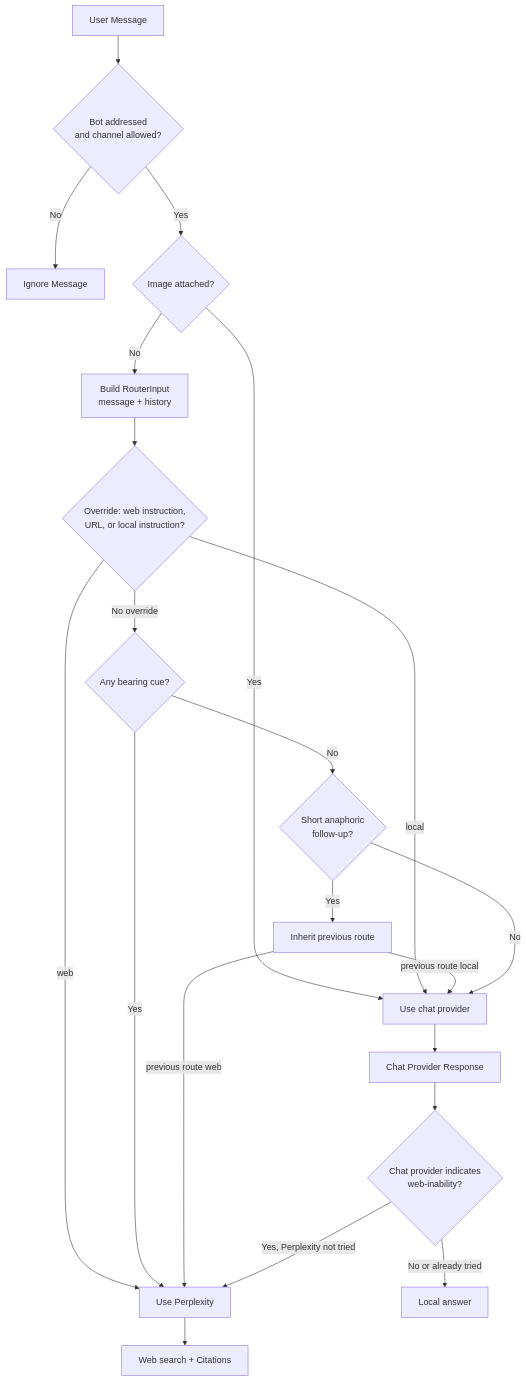
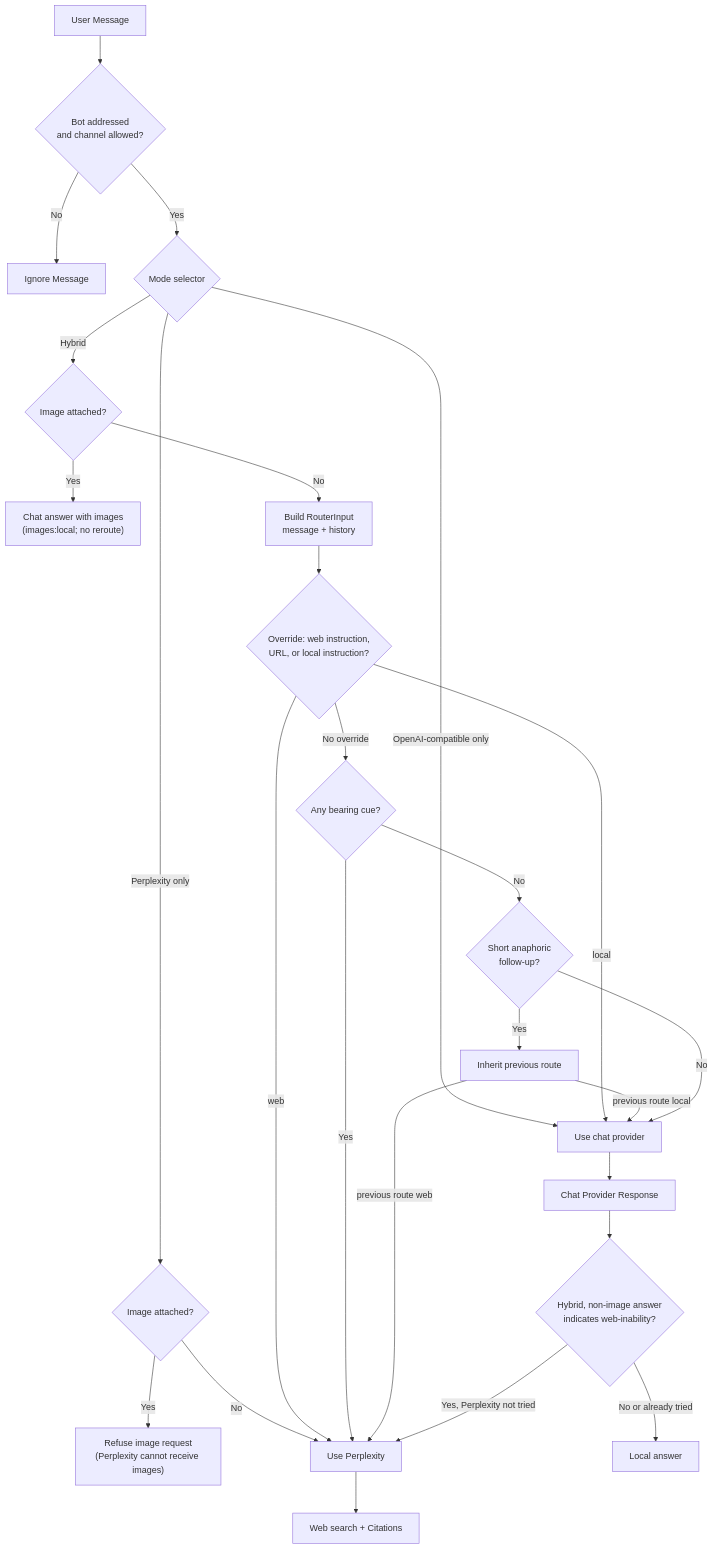
One commit to johndotpub/DiscordianAI changed the diagram in docs/README.md. Above: the diagram before and after it, drawn with Mermaid. The commit also changed 2 other files, not shown here.

Commit message:
docs(routing): 🖼️ correct the image path and the masking claim
Both flowcharts checked for images before the mode selector. They also
sent image requests to Perplexity, which the orchestrator refuses, and
implied that an image answer could be rerouted or fall back to
Perplexity. The diagrams now select the mode first, refuse images in
Perplexity-only mode, and give image answers a terminal with no reroute
and no Perplexity fallback when the chat answer is empty.

The masking prose claimed every cue came from code-masked text. Bearing
and override cues do; code-shape and traceback cues read the original
text so a pasted artifact still counts as framing. The routing design
now says that. Its lexicon failure levels already match the code:
CRITICAL when build_router substitutes a fallback router, ERROR when a
lexicon error reaches a decision.

````diff
--- a/docs/README.md
+++ b/docs/README.md
@@ -46,26 +46,33 @@
 ```mermaid
 flowchart TD
     A["User Message"] --> GATE{"Bot addressed<br/>and channel allowed?"}
     GATE -->|"No"| Z["Ignore Message"]
-    GATE -->|"Yes"| IMG{"Image attached?"}
-    IMG -->|"Yes"| J["Use chat provider"]
+    GATE -->|"Yes"| MODE{"Mode selector"}
+    MODE -->|"Perplexity only"| PIMG{"Image attached?"}
+    PIMG -->|"Yes"| PREF["Refuse image request<br/>(Perplexity cannot receive images)"]
+    PIMG -->|"No"| F["Use Perplexity"]
+
+    MODE -->|"OpenAI-compatible only"| J["Use chat provider"]
+    MODE -->|"Hybrid"| IMG{"Image attached?"}
+    IMG -->|"Yes"| ITERM["Chat answer with images<br/>(images:local; no reroute)"]
     IMG -->|"No"| S["Build RouterInput<br/>message + history"]
+
     S --> C{"Override: web instruction,<br/>URL, or local instruction?"}
-    C -->|"web"| F["Use Perplexity"]
+    C -->|"web"| F
     C -->|"local"| J
     C -->|"No override"| G{"Any bearing cue?"}
     G -->|"Yes"| F
     G -->|"No"| H{"Short anaphoric<br/>follow-up?"}
     H -->|"Yes"| I["Inherit previous route"]
     I -->|"previous route web"| F
     I -->|"previous route local"| J
     H -->|"No"| J
 
-    %% Chat path includes a web-inability check that can reroute to Perplexity once
+    %% Only a hybrid, non-image local answer can reroute once to Perplexity
     J --> O["Chat Provider Response"]
-    O --> WI{"Chat provider indicates<br/>web-inability?"}
+    O --> WI{"Hybrid, non-image answer<br/>indicates web-inability?"}
     WI -->|"Yes, Perplexity not tried"| F
     WI -->|"No or already tried"| M["Local answer"]
 
     F --> L2["Web search + Citations"]
 ```
````
